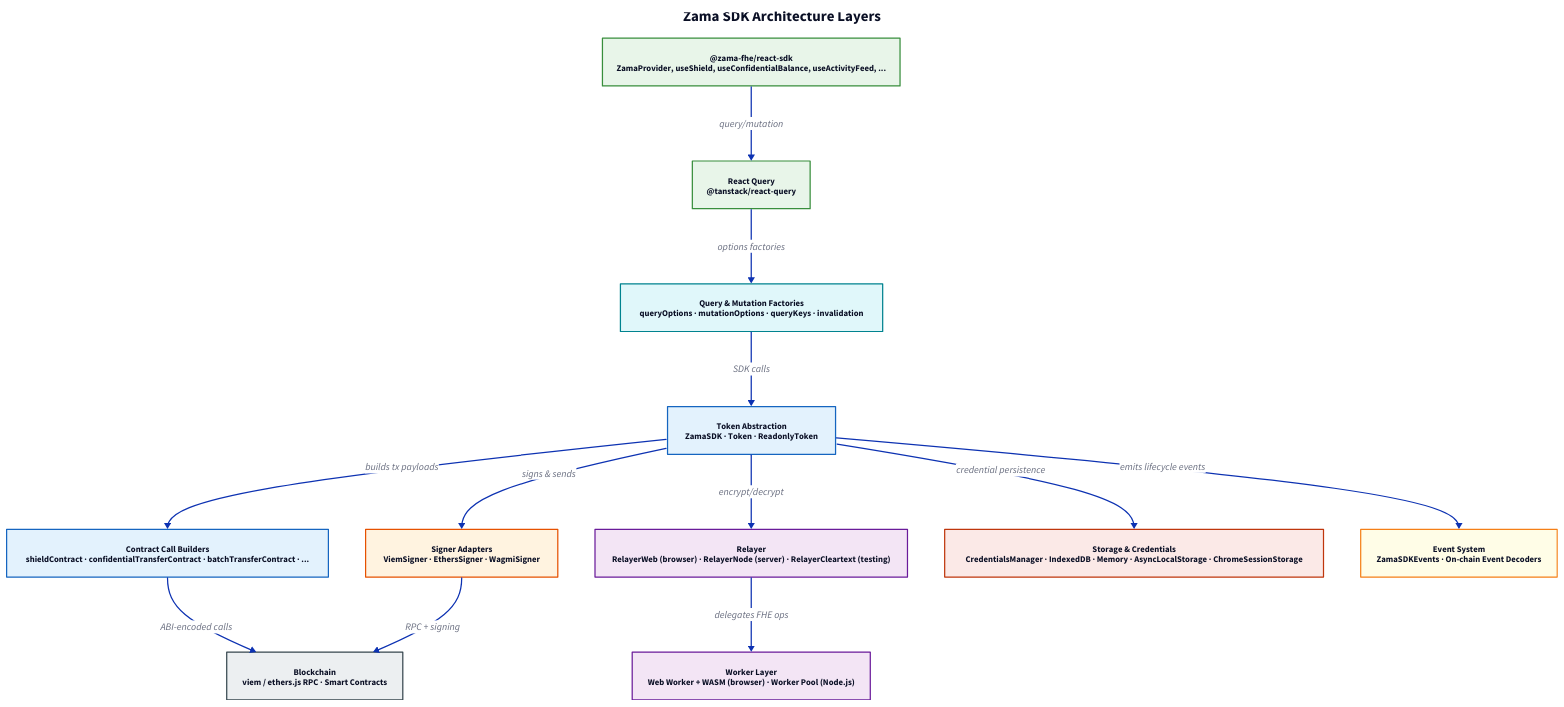
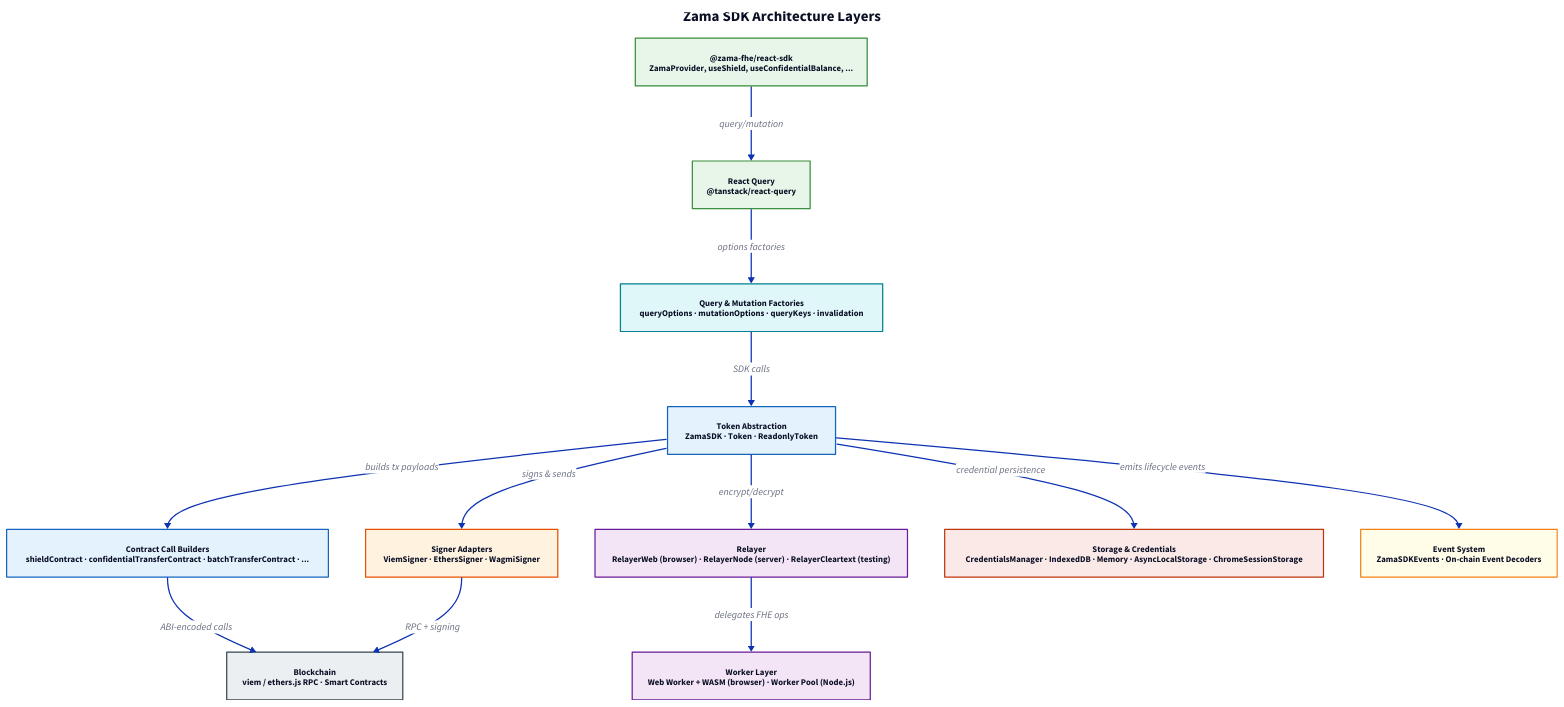
One commit to zama-ai/sdk changed the diagram in docs/diagrams/layers.d2. Above: the diagram before and after it, drawn with D2. The commit also changed 34 other files, not shown here.

First line of the commit message:
refactor!: remove activity feed from SDK and react-sdk

```diff
--- a/docs/diagrams/layers.d2
+++ b/docs/diagrams/layers.d2
@@ -1,95 +1,95 @@
 direction: down
 
 title: {
   label: "Zama SDK Architecture Layers"
   near: top-center
   shape: text
   style.font-size: 24
   style.bold: true
 }
 
 # --- UI Layer ---
-react-hooks: "@zama-fhe/react-sdk\nZamaProvider, useShield, useConfidentialBalance, useActivityFeed, ..." {
+react-hooks: "@zama-fhe/react-sdk\nZamaProvider, useShield, useConfidentialBalance, ..." {
   style.fill: "#E8F5E9"
   style.stroke: "#388E3C"
   style.font-size: 14
 }
 
 react-query: "React Query\n@tanstack/react-query" {
   style.fill: "#E8F5E9"
   style.stroke: "#388E3C"
   style.font-size: 14
 }
 
 # --- Query Layer ---
 query: "Query & Mutation Factories\nqueryOptions · mutationOptions · queryKeys · invalidation" {
   style.fill: "#E0F7FA"
   style.stroke: "#00838F"
   style.font-size: 14
 }
 
 # --- Abstraction Layer ---
 token: "Token Abstraction\nZamaSDK · Token · ReadonlyToken" {
   style.fill: "#E3F2FD"
   style.stroke: "#1565C0"
   style.font-size: 14
 }
 
 contracts: "Contract Call Builders\nshieldContract · confidentialTransferContract · batchTransferContract · ..." {
   style.fill: "#E3F2FD"
   style.stroke: "#1565C0"
   style.font-size: 14
 }
 
 # --- Integration Layer ---
 signers: "Signer Adapters\nViemSigner · EthersSigner · WagmiSigner" {
   style.fill: "#FFF3E0"
   style.stroke: "#E65100"
   style.font-size: 14
 }
 
 # --- Crypto Layer ---
 relayer: "Relayer\nRelayerWeb (browser) · RelayerNode (server) · RelayerCleartext (testing)" {
   style.fill: "#F3E5F5"
   style.stroke: "#6A1B9A"
   style.font-size: 14
 }
 
 worker: "Worker Layer\nWeb Worker + WASM (browser) · Worker Pool (Node.js)" {
   style.fill: "#F3E5F5"
   style.stroke: "#6A1B9A"
   style.font-size: 14
 }
 
 # --- Storage Layer ---
 storage: "Storage & Credentials\nCredentialsManager · IndexedDB · Memory · AsyncLocalStorage · ChromeSessionStorage" {
   style.fill: "#FBE9E7"
   style.stroke: "#BF360C"
   style.font-size: 14
 }
 
 # --- External ---
 blockchain: "Blockchain\nviem / ethers.js RPC · Smart Contracts" {
   style.fill: "#ECEFF1"
   style.stroke: "#37474F"
   style.font-size: 14
 }
 
 events: "Event System\nZamaSDKEvents · On-chain Event Decoders" {
   style.fill: "#FFFDE7"
   style.stroke: "#F57F17"
   style.font-size: 14
 }
 
 # --- Connections ---
 react-hooks -> react-query: "query/mutation"
 react-query -> query: "options factories"
 query -> token: "SDK calls"
 token -> contracts: "builds tx payloads"
 token -> signers: "signs & sends"
 token -> relayer: "encrypt/decrypt"
 token -> events: "emits lifecycle events"
 contracts -> blockchain: "ABI-encoded calls"
 signers -> blockchain: "RPC + signing"
 relayer -> worker: "delegates FHE ops"
 token -> storage: "credential persistence"
```
